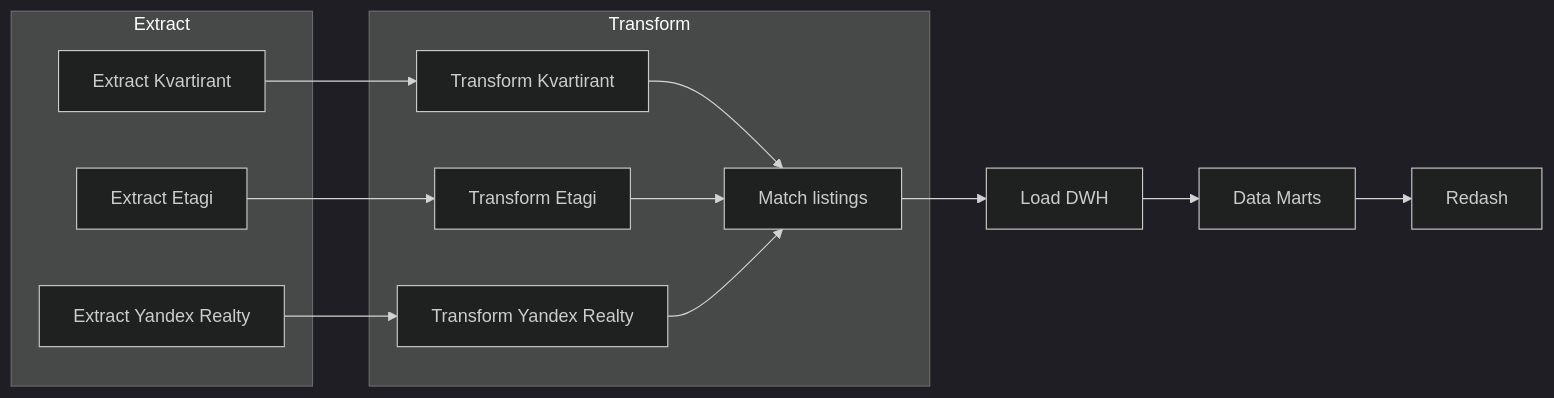
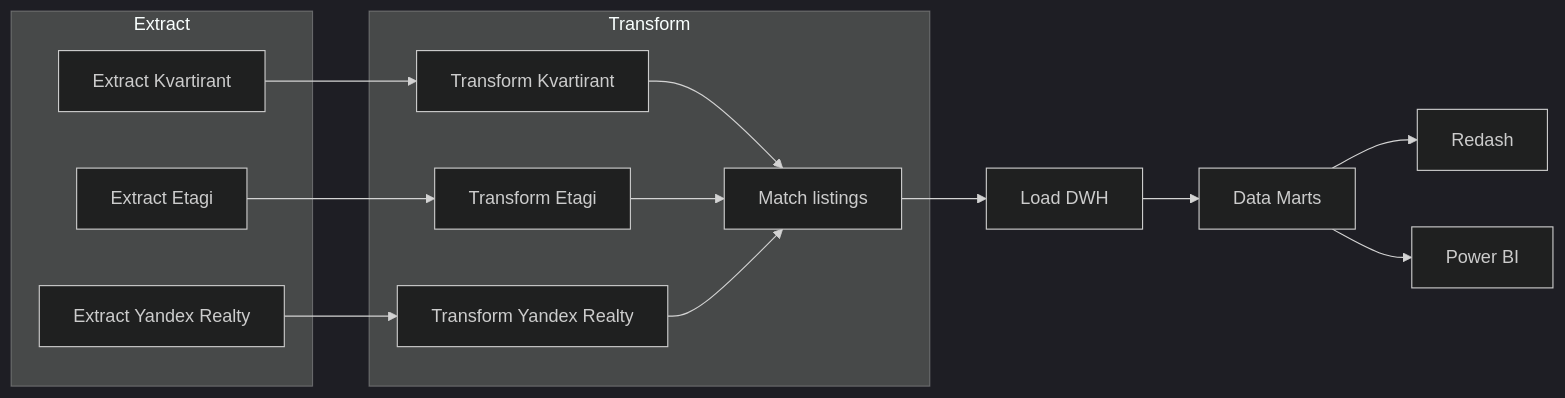
Before and after one commit to parfianzh/rental_dwh: the diagram in README.md, drawn with Mermaid (dark theme). The commit also changed other lines of this file, not shown here.

Commit message:
Update Power BI documentation

````diff
--- a/README.md
+++ b/README.md
@@ -23,21 +23,22 @@
 ```mermaid
 flowchart LR
     subgraph E["Extract"]
         EK["Extract Kvartirant"]
         EE["Extract Etagi"]
         EY["Extract Yandex Realty"]
     end
 
     subgraph T["Transform"]
         TK["Transform Kvartirant"] --> C["Match listings"]
         TE["Transform Etagi"] --> C
         TY["Transform Yandex Realty"] --> C
     end
 
     EK --> TK
     EE --> TE
     EY --> TY
     C --> L["Load DWH"]
     L --> M["Data Marts"]
     M --> R["Redash"]
+    M --> P["Power BI"]
 ```
````
